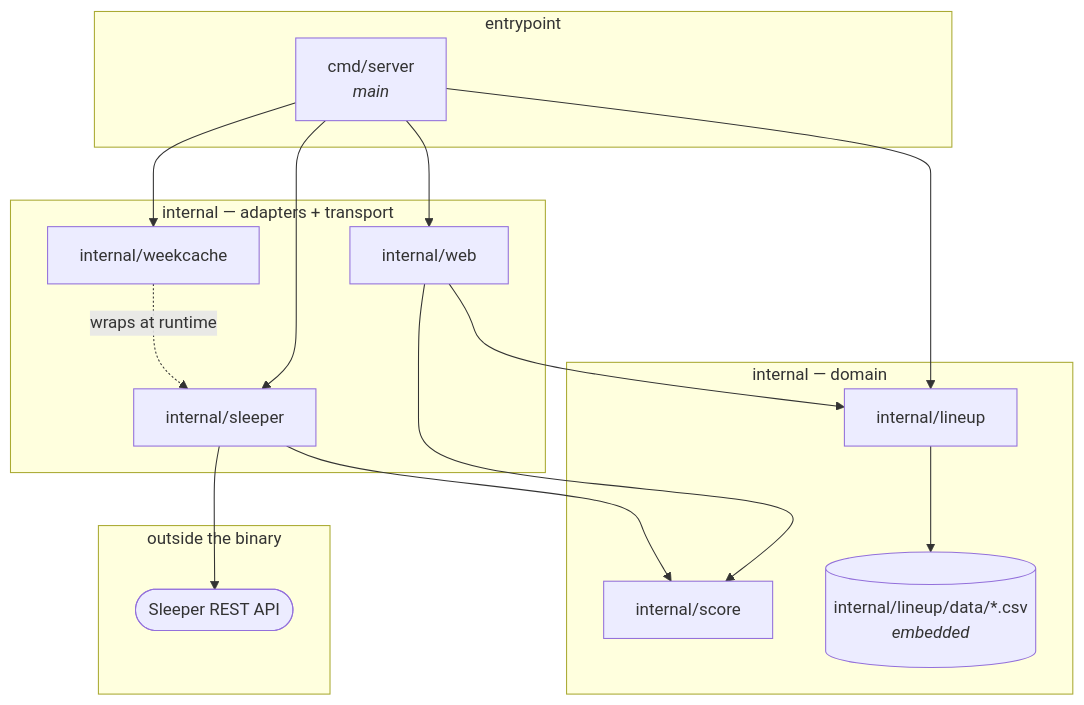
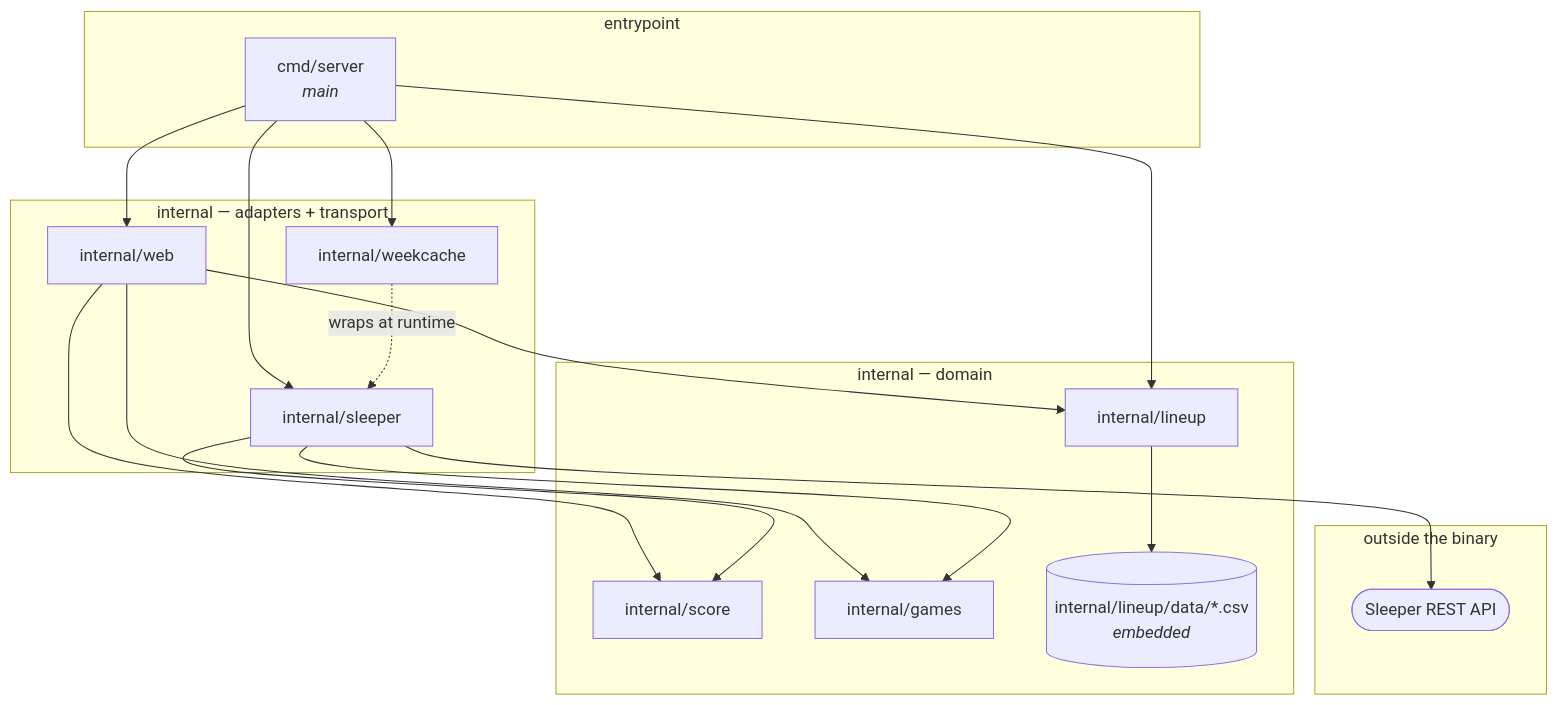
Before and after one commit to eshifrin-606/bojjaes: the diagram in docs/package-dependencies.md, drawn with Mermaid. The commit also changed other lines of this file and 28 other files, not shown here.

````diff
--- a/docs/package-dependencies.md
+++ b/docs/package-dependencies.md
@@ -13,30 +13,33 @@
 ```mermaid
 graph TD
     subgraph entry["entrypoint"]
         main["cmd/server<br/><i>main</i>"]
     end
     subgraph domain["internal — domain"]
         score["internal/score"]
+        games["internal/games"]
         lineup["internal/lineup"]
         files[("internal/lineup/data/*.csv<br/><i>embedded</i>")]
     end
     subgraph adapters["internal — adapters + transport"]
         sleeperpkg["internal/sleeper"]
         weekcache["internal/weekcache"]
         web["internal/web"]
     end
     subgraph ext["outside the binary"]
         sleeper(["Sleeper REST API"])
     end
 
     main --> web
     main --> weekcache
     main --> sleeperpkg
     main --> lineup
     web --> score
+    web --> games
     web --> lineup
     sleeperpkg --> score
+    sleeperpkg --> games
     sleeperpkg --> sleeper
     weekcache -. wraps at runtime .-> sleeperpkg
     lineup --> files
 ```
````
